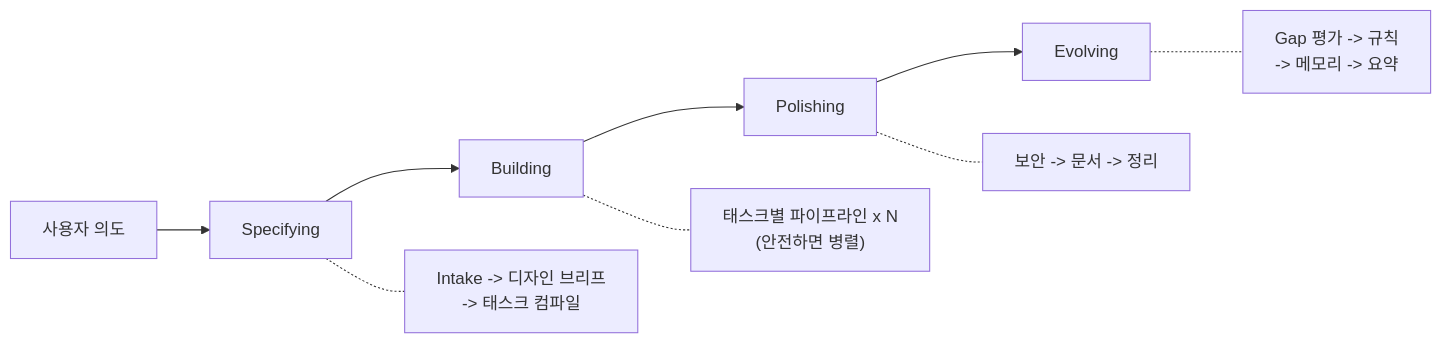
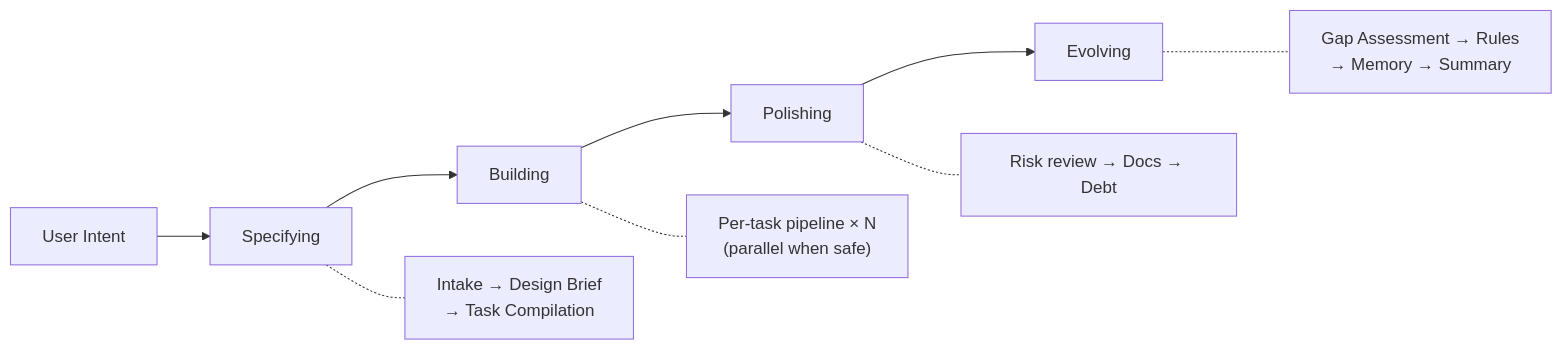
One commit to choam2426/geas changed the diagram in README.ko.md. Above: the diagram before and after it, drawn with Mermaid. The commit also changed other lines of this file, not shown here.

````diff
--- a/README.ko.md
+++ b/README.ko.md
@@ -60,12 +38,12 @@
 ```mermaid
 graph LR
-    A[사용자 의도] --> B[Specifying]
+    A[User Intent] --> B[Specifying]
     B --> C[Building]
     C --> D[Polishing]
     D --> E[Evolving]
 
-    B -.- B1["Intake -> 디자인 브리프\n-> 태스크 컴파일"]
-    C -.- C1["태스크별 파이프라인 x N\n(안전하면 병렬)"]
-    D -.- D1["보안 -> 문서 -> 정리"]
-    E -.- E1["Gap 평가 -> 규칙\n-> 메모리 -> 요약"]
+    B -.- B1["Intake → Design Brief\n→ Task Compilation"]
+    C -.- C1["Per-task pipeline × N\n(parallel when safe)"]
+    D -.- D1["Risk review → Docs → Debt"]
+    E -.- E1["Gap Assessment → Rules\n→ Memory → Summary"]
 ```
````
